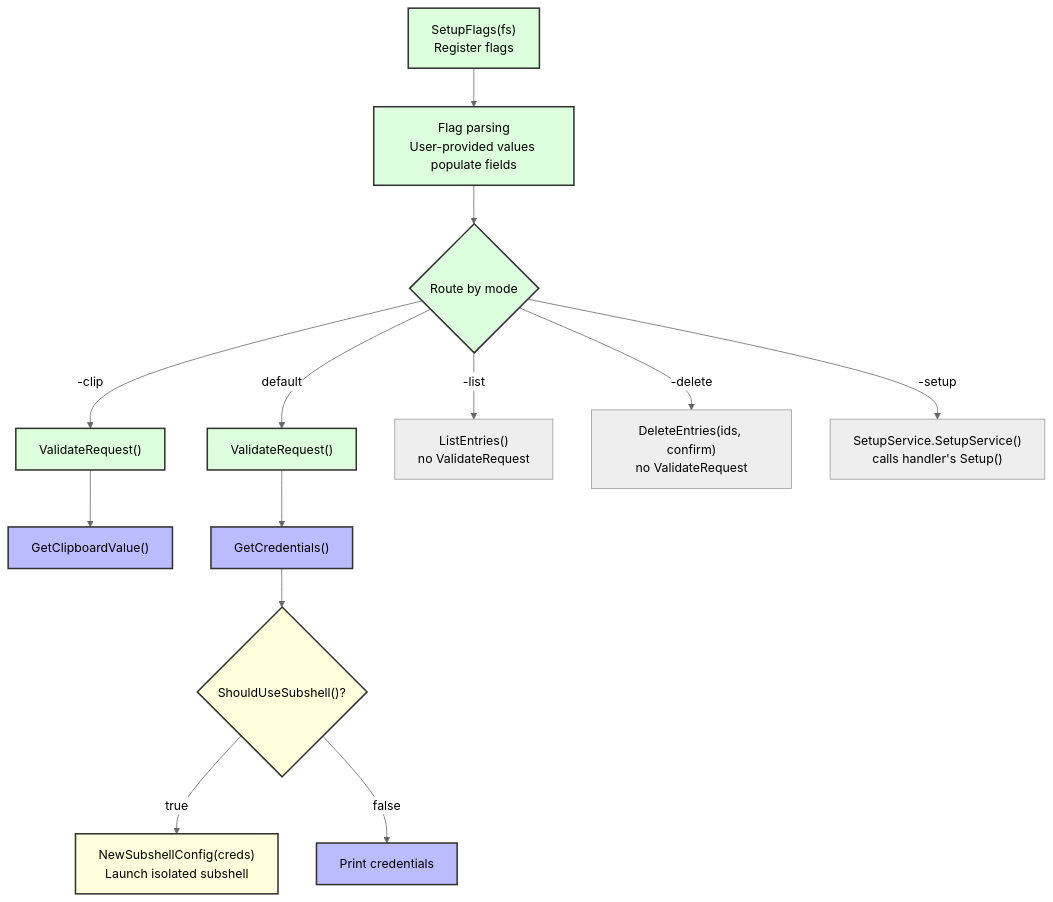
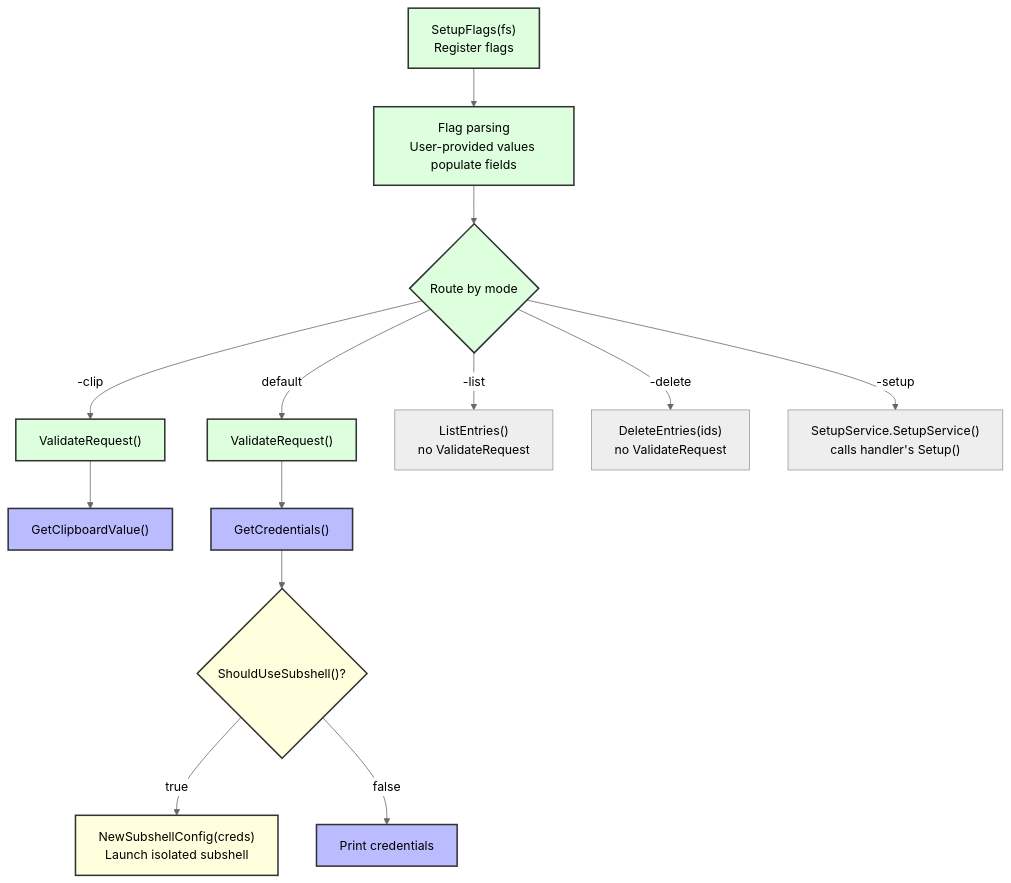
Before and after one commit to bashhack/sesh: the diagram in docs/PLUGIN_DEVELOPMENT.md, drawn with Mermaid. The commit also changed other lines of this file and 19 other files, not shown here.

````diff
--- a/docs/PLUGIN_DEVELOPMENT.md
+++ b/docs/PLUGIN_DEVELOPMENT.md
@@ -32,27 +32,27 @@
 ```mermaid
 %%{init: {'theme': 'neutral'}}%%
 flowchart TD
     classDef always fill:#dfd,stroke:#333,stroke-width:2px
     classDef mode fill:#bbf,stroke:#333,stroke-width:2px
     classDef optional fill:#ffd,stroke:#333,stroke-width:2px
     classDef skip fill:#eee,stroke:#999,stroke-width:1px
 
     SF["SetupFlags(fs)<br>Register flags"]:::always
     FP["Flag parsing<br>User-provided values populate fields"]:::always
 
     SF --> FP
     FP --> Route{"Route by mode"}:::always
 
     Route -->|"-clip"| VR1["ValidateRequest()"]:::always
     VR1 --> GCV["GetClipboardValue()"]:::mode
 
     Route -->|"default"| VR2["ValidateRequest()"]:::always
     VR2 --> GC["GetCredentials()"]:::mode
     GC --> Sub{"ShouldUseSubshell()?"}:::optional
     Sub -->|"true"| NSC["NewSubshellConfig(creds)<br>Launch isolated subshell"]:::optional
     Sub -->|"false"| Print["Print credentials"]:::mode
 
     Route -->|"-list"| LE["ListEntries()<br>no ValidateRequest"]:::skip
-    Route -->|"-delete"| DE["DeleteEntries(ids, confirm)<br>no ValidateRequest"]:::skip
+    Route -->|"-delete"| DE["DeleteEntries(ids)<br>no ValidateRequest"]:::skip
     Route -->|"-setup"| Setup["SetupService.SetupService()<br>calls handler's Setup()"]:::skip
 ```
````
